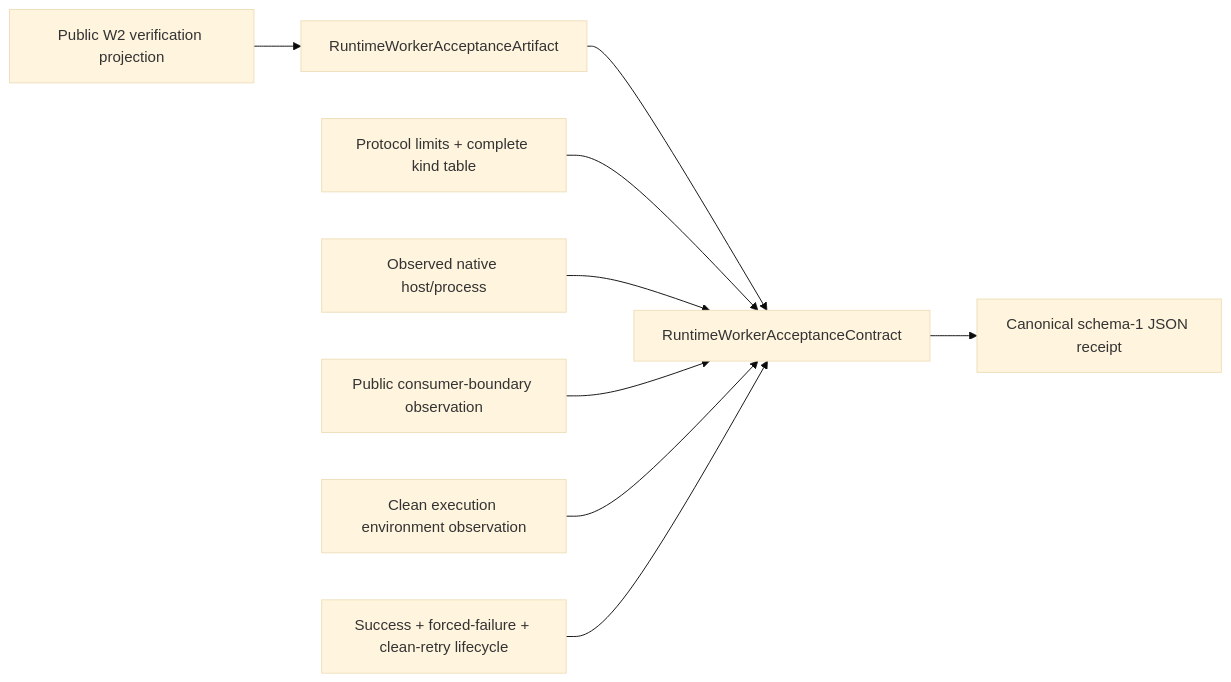
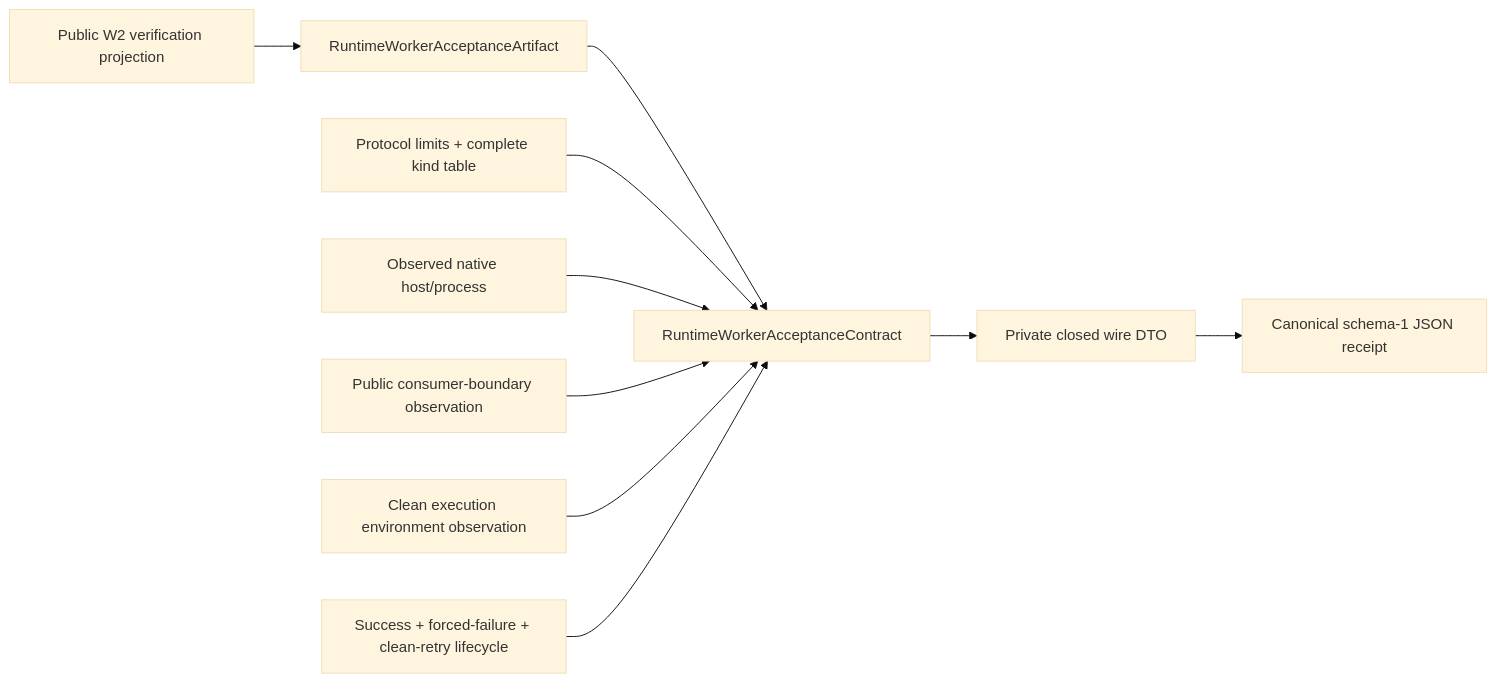
One commit to 1amageek/swift-mojo changed the diagram in Acceptance/RuntimeWorker/DESIGN.md. Above: the diagram before and after it, drawn with Mermaid (base theme). The commit also changed other lines of this file and 2 other files, not shown here.

Commit message:
Close runtime worker receipt codec and mutation coverage

````diff
--- a/Acceptance/RuntimeWorker/DESIGN.md
+++ b/Acceptance/RuntimeWorker/DESIGN.md
@@ -54,11 +57,12 @@
 ```mermaid
 flowchart LR
     W2["Public W2 verification projection"] --> A["RuntimeWorkerAcceptanceArtifact"]
     A --> R["RuntimeWorkerAcceptanceContract"]
     P["Protocol limits + complete kind table"] --> R
     H["Observed native host/process"] --> R
     C["Public consumer-boundary observation"] --> R
     E["Clean execution environment observation"] --> R
     L["Success + forced-failure + clean-retry lifecycle"] --> R
-    R --> J["Canonical schema-1 JSON receipt"]
+    R --> D["Private closed wire DTO"]
+    D --> J["Canonical schema-1 JSON receipt"]
 ```
````
